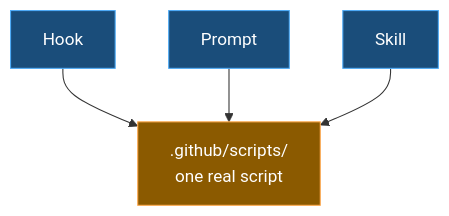
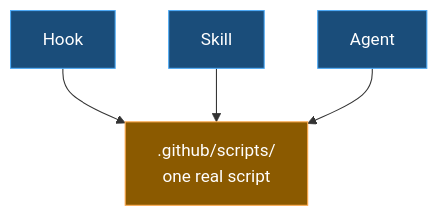
One commit to YevheniyTomenchuk-eaton/github-copilot-workspace-template changed the diagram in workspace/using-copilot/customization-files/scripts.md. Above: the diagram before and after it, drawn with Mermaid. The commit also changed other lines of this file and 107 other files, not shown here.

````diff
--- a/workspace/using-copilot/customization-files/scripts.md
+++ b/workspace/using-copilot/customization-files/scripts.md
@@ -47,12 +47,12 @@
 ```mermaid
 graph TB
     SC[".github/scripts/<br/>one real script"]
     HK["Hook"] --> SC
-    PR["Prompt"] --> SC
     SK["Skill"] --> SC
+    AG["Agent"] --> SC
 
     style SC fill:#8b5a00,stroke:#ffa94d,color:#fff
     style HK fill:#1a4d7a,stroke:#4dabf7,color:#fff
-    style PR fill:#1a4d7a,stroke:#4dabf7,color:#fff
     style SK fill:#1a4d7a,stroke:#4dabf7,color:#fff
+    style AG fill:#1a4d7a,stroke:#4dabf7,color:#fff
 ```
````
